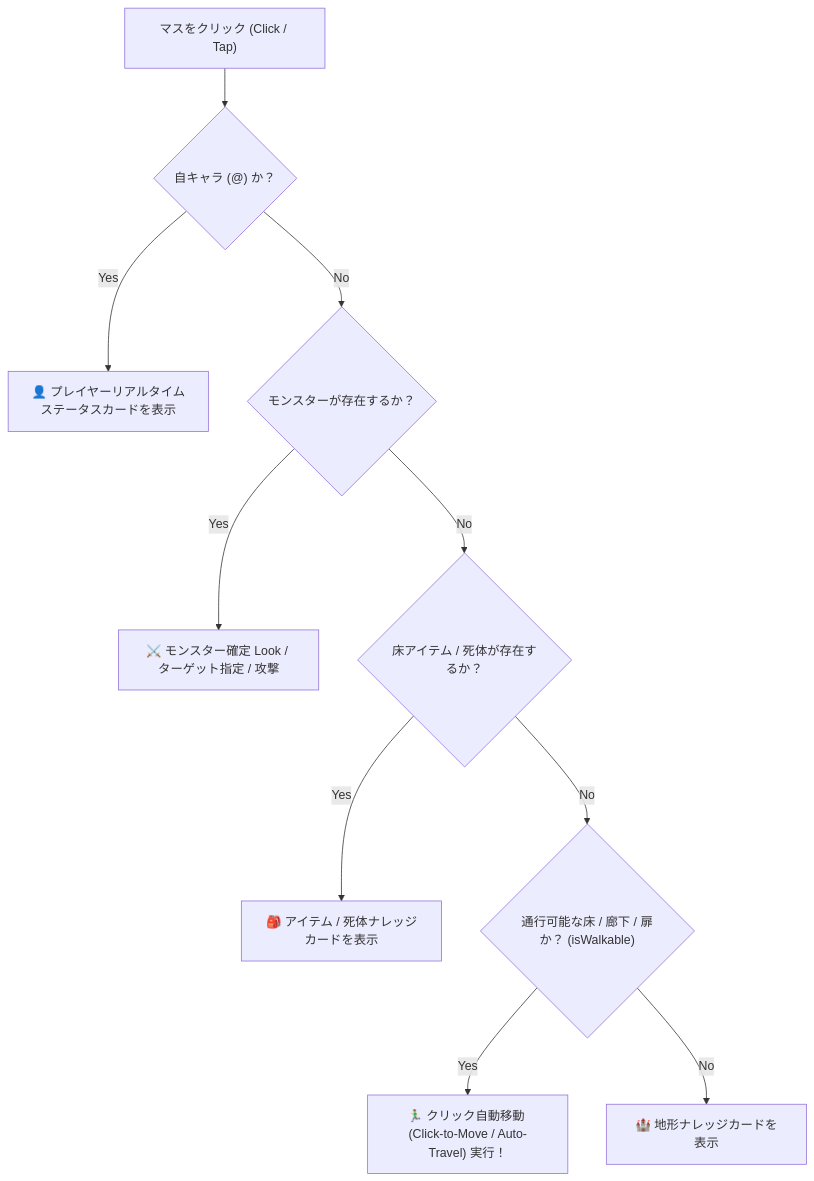
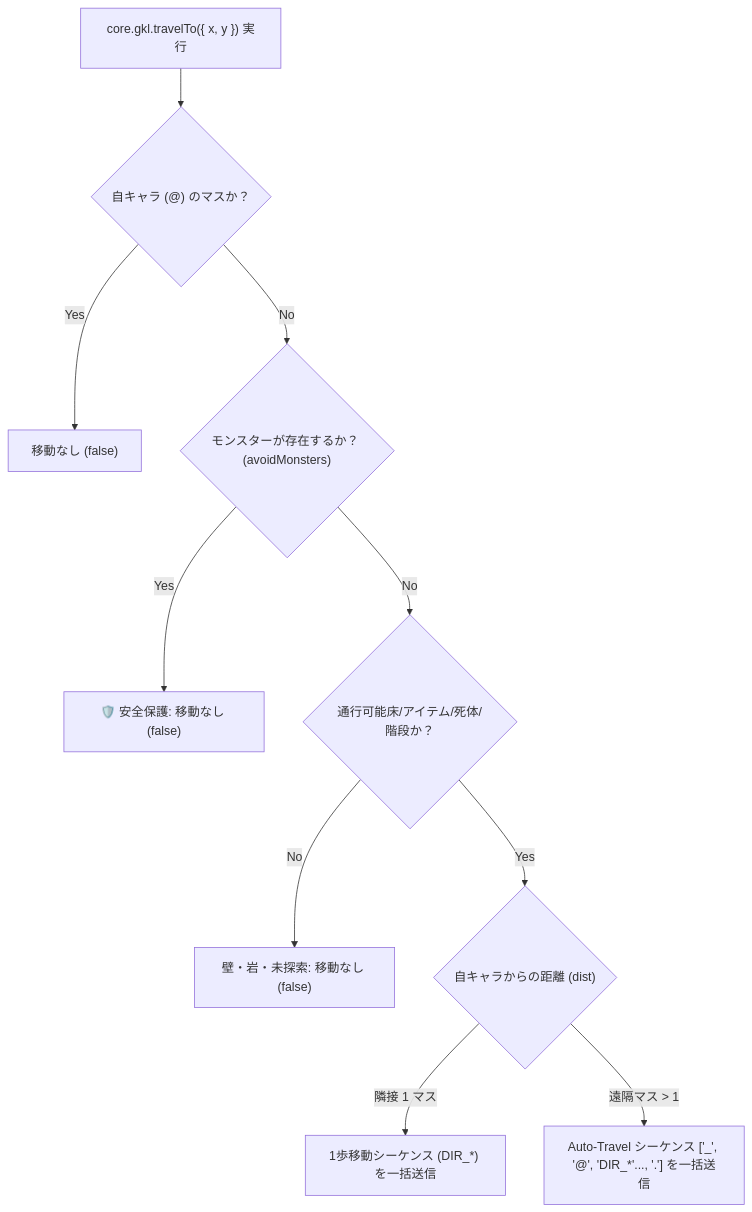
The diagram in docs/2_client_ui/gkl_inspect_cell_on_demand_guide.md (e3sh/Nethack-wasm-webUI), drawn with Mermaid before and after one commit. The commit also changed other lines of this file and 3 other files, not shown here.

````diff
--- a/docs/2_client_ui/gkl_inspect_cell_on_demand_guide.md
+++ b/docs/2_client_ui/gkl_inspect_cell_on_demand_guide.md
@@ -217,12 +272,12 @@
 ```mermaid
 graph TD
-    A["マスをクリック (Click / Tap)"] --> B{"自キャラ (@) か？"}
-    B -- Yes --> C["👤 プレイヤーリアルタイムステータスカードを表示"]
-    B -- No --> D{"モンスターが存在するか？"}
-    D -- Yes --> E["⚔️ モンスター確定 Look / ターゲット指定 / 攻撃"]
-    D -- No --> F{"床アイテム / 死体が存在するか？"}
-    F -- Yes --> G["🎒 アイテム / 死体ナレッジカードを表示"]
-    F -- No --> H{"通行可能な床 / 廊下 / 扉か？ (isWalkable)"}
-    H -- Yes --> I["🏃‍♂️ クリック自動移動 (Click-to-Move / Auto-Travel) 実行！"]
-    H -- No --> J["🏰 地形ナレッジカードを表示"]
+    A["core.gkl.travelTo({ x, y }) 実行"] --> B{"自キャラ (@) のマスか？"}
+    B -- Yes --> C["移動なし (false)"]
+    B -- No --> D{"モンスターが存在するか？ (avoidMonsters)"}
+    D -- Yes --> E["🛡️ 安全保護: 移動なし (false)"]
+    D -- No --> F{"通行可能床/アイテム/死体/階段か？"}
+    F -- No --> G["壁・岩・未探索: 移動なし (false)"]
+    F -- Yes --> H{"自キャラからの距離 (dist)"}
+    H -- 隣接 1 マス --> I["1歩移動シーケンス (DIR_*) を一括送信"]
+    H -- 遠隔マス > 1 --> J["Auto-Travel シーケンス ['_', '@', 'DIR_*'..., '.'] を一括送信"]
 ```
````
